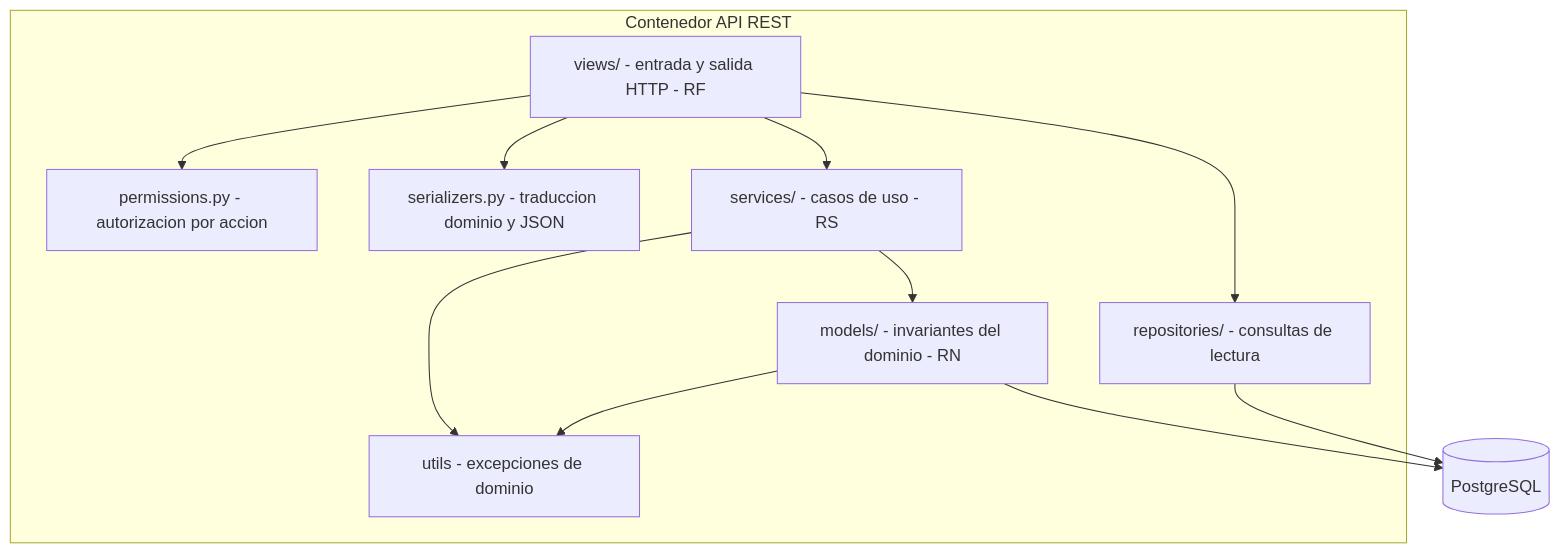
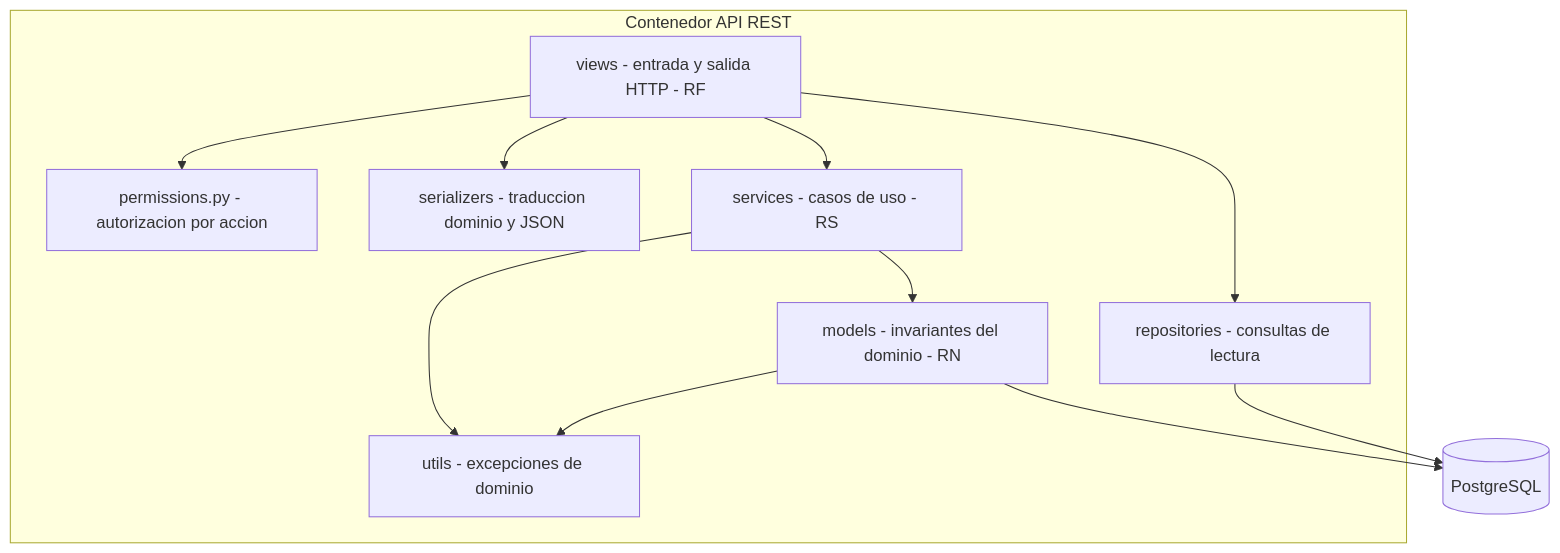
Before and after one commit to adlerOmonte1/LogisticaMinera: the third of 7 diagrams in docs/model-c4/ARQ-03_Modelo_C4.md, drawn with Mermaid. The commit also changed other lines of this file, not shown here.

First line of the commit message:
docs(arquitectura): ARQ-03 Modelo C4 del sistema inteligente

````diff
--- a/docs/model-c4/ARQ-03_Modelo_C4.md
+++ b/docs/model-c4/ARQ-03_Modelo_C4.md
@@ -155,23 +156,23 @@
 ```mermaid
 flowchart TB
     subgraph APIC["Contenedor API REST"]
-        V["views/ - entrada y salida HTTP - RF"]
+        V["views - entrada y salida HTTP - RF"]
         PE["permissions.py - autorizacion por accion"]
-        SE["serializers.py - traduccion dominio y JSON"]
-        SV["services/ - casos de uso - RS"]
-        SL["repositories/ - consultas de lectura"]
-        MO["models/ - invariantes del dominio - RN"]
+        SE["serializers - traduccion dominio y JSON"]
+        SV["services - casos de uso - RS"]
+        SL["repositories - consultas de lectura"]
+        MO["models - invariantes del dominio - RN"]
         EX["utils - excepciones de dominio"]
     end
     DB[("PostgreSQL")]
 
     V --> PE
     V --> SE
     V --> SV
     V --> SL
     SV --> MO
     SV --> EX
     MO --> EX
     MO --> DB
     SL --> DB
 ```
````
